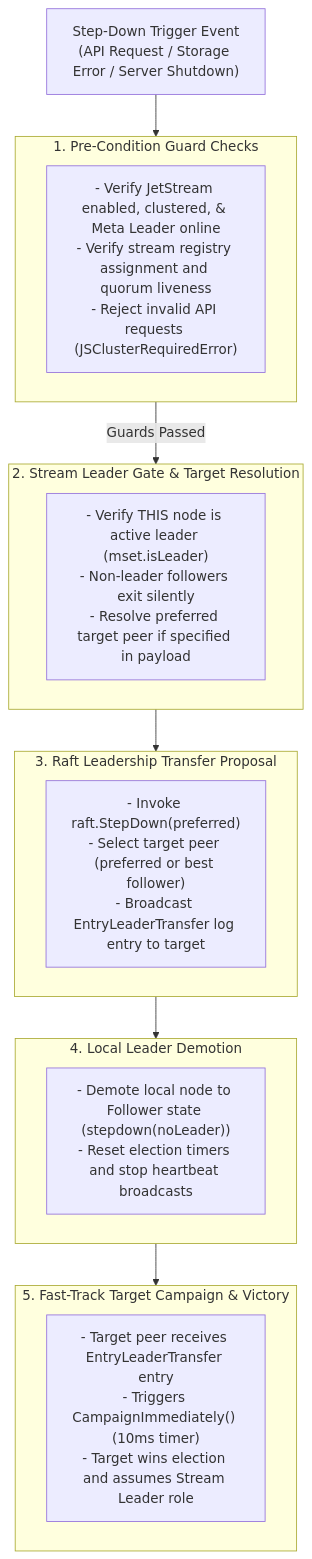
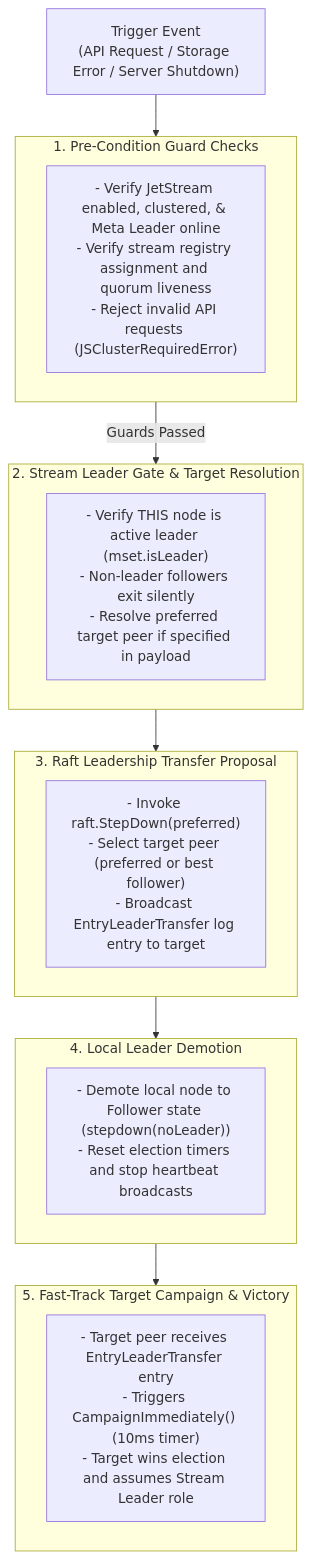
The second of 2 diagrams in supporting_documentation/streams/lifecycle/cluster-operations/leader-stepdown.md (hemanthkumar2k19/nats-eval), drawn with Mermaid before and after one commit. The commit also changed other lines of this file and 2 other files, not shown here.

Commit message:
docs: update write path architecture documentation with Mermaid diagrams and trigger pathways

````diff
--- a/supporting_documentation/streams/lifecycle/cluster-operations/leader-stepdown.md
+++ b/supporting_documentation/streams/lifecycle/cluster-operations/leader-stepdown.md
@@ -36,32 +36,32 @@
 ```mermaid
 flowchart TD
-    Trigger["Step-Down Trigger Event\n(API Request / Storage Error / Server Shutdown)"] --> Step1
+    Trigger["Trigger Event\n(API Request / Storage Error / Server Shutdown)"] --> Step1
 
     subgraph Step1["1. Pre-Condition Guard Checks"]
         S1["- Verify JetStream enabled, clustered, & Meta Leader online\n- Verify stream registry assignment and quorum liveness\n- Reject invalid API requests (JSClusterRequiredError)"]
     end
 
     Step1 -- "Guards Passed" --> Step2
 
     subgraph Step2["2. Stream Leader Gate & Target Resolution"]
         S2["- Verify THIS node is active leader (mset.isLeader)\n- Non-leader followers exit silently\n- Resolve preferred target peer if specified in payload"]
     end
 
     Step2 --> Step3
 
     subgraph Step3["3. Raft Leadership Transfer Proposal"]
         S3["- Invoke raft.StepDown(preferred)\n- Select target peer (preferred or best follower)\n- Broadcast EntryLeaderTransfer log entry to target"]
     end
 
     Step3 --> Step4
 
     subgraph Step4["4. Local Leader Demotion"]
         S4["- Demote local node to Follower state (stepdown(noLeader))\n- Reset election timers and stop heartbeat broadcasts"]
     end
 
     Step4 --> Step5
 
     subgraph Step5["5. Fast-Track Target Campaign & Victory"]
         S5["- Target peer receives EntryLeaderTransfer entry\n- Triggers CampaignImmediately() (10ms timer)\n- Target wins election and assumes Stream Leader role"]
     end
 ```
````
